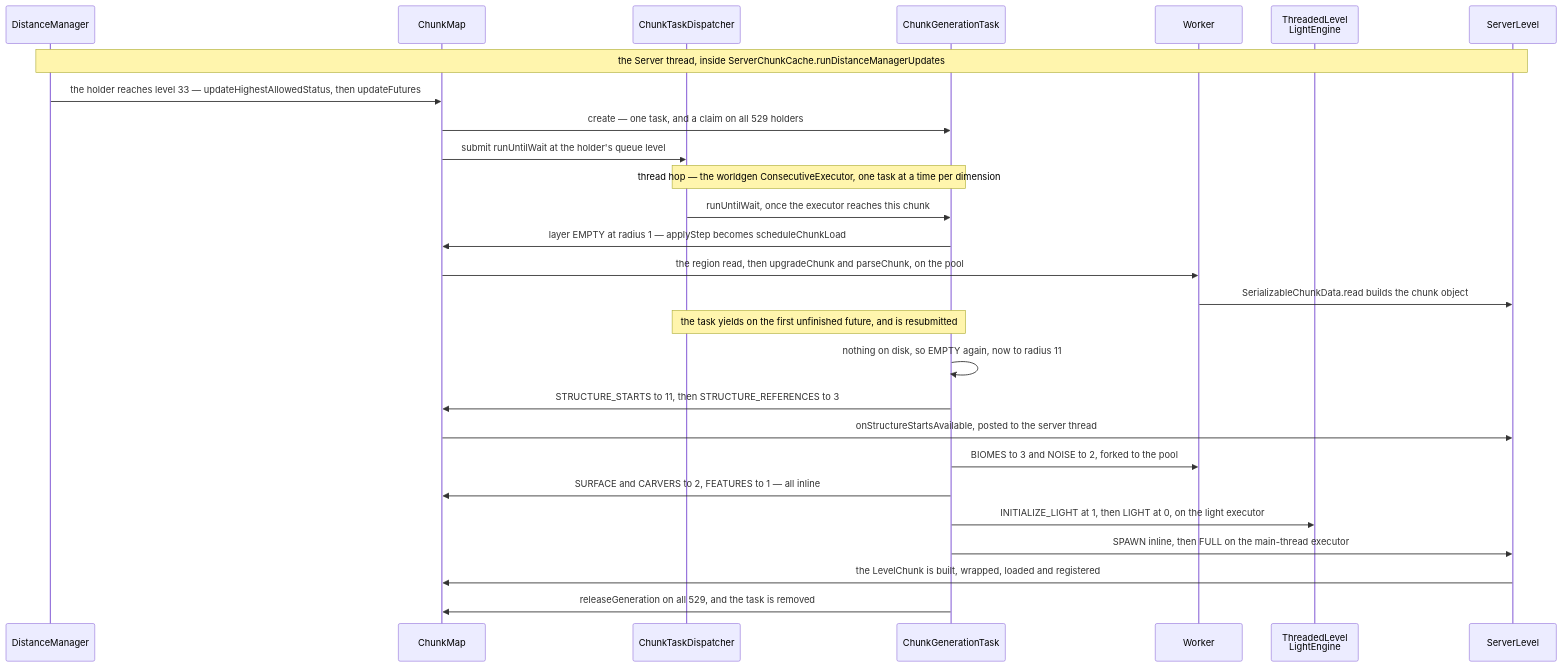
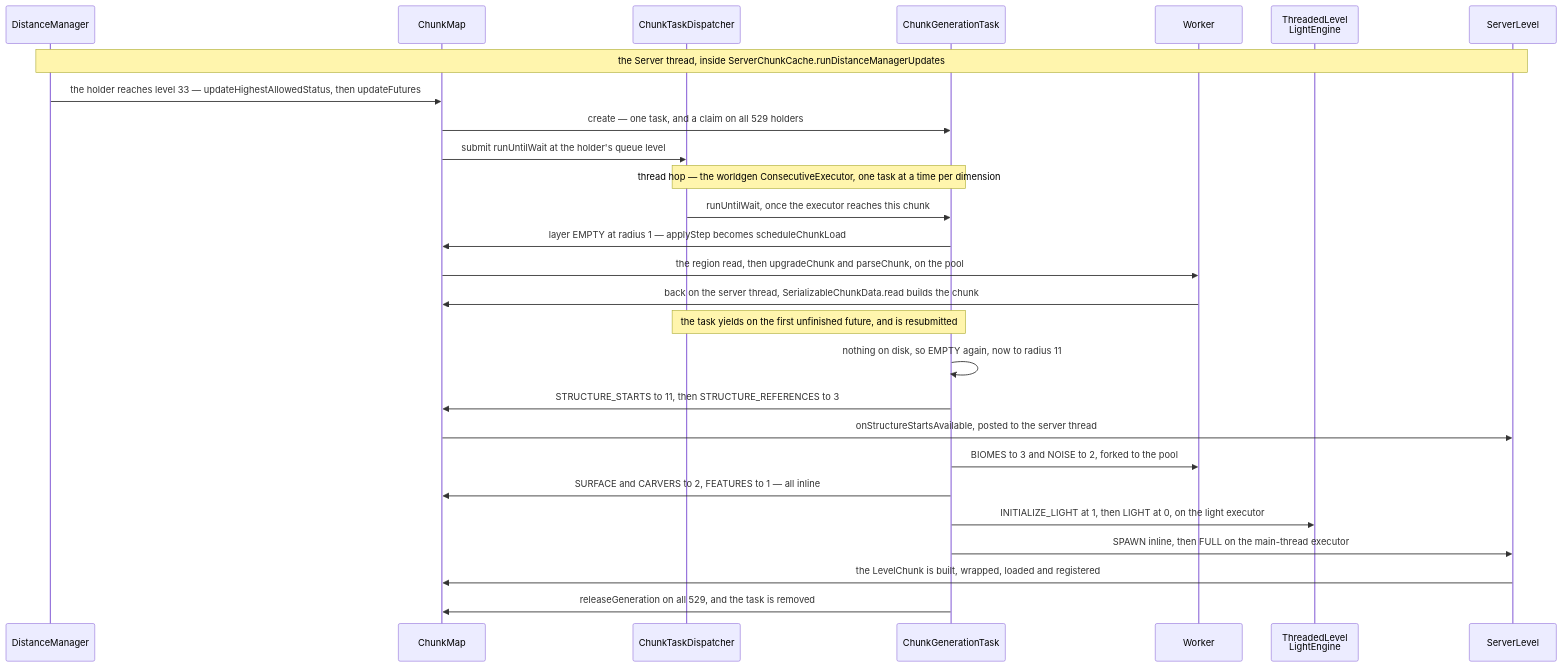
One commit to AlexanderjFraser/MinecraftDocs changed the second of 2 diagrams in src/systems/world/chunk-generation-pipeline.md. Above: the diagram before and after it, drawn with Mermaid. The commit also changed 55 other files, not shown here.

First line of the commit message:
pass 7, session O — the close, before K: the figure gate strict, the landing figures read as one set, and one strike in thirty not borne out

````diff
--- a/src/systems/world/chunk-generation-pipeline.md
+++ b/src/systems/world/chunk-generation-pipeline.md
@@ -415,30 +415,30 @@
 ```mermaid
 sequenceDiagram
     participant DM as DistanceManager
     participant CM as ChunkMap
     participant CTD as ChunkTaskDispatcher
     participant CGT as ChunkGenerationTask
     participant Worker as Worker
     participant TLE as ThreadedLevel<br/>LightEngine
     participant SL as ServerLevel
 
     Note over DM,SL: the Server thread, inside ServerChunkCache.runDistanceManagerUpdates
     DM->>CM: the holder reaches level 33 — updateHighestAllowedStatus, then updateFutures
     CM->>CGT: create — one task, and a claim on all 529 holders
     CM->>CTD: submit runUntilWait at the holder's queue level
     Note over CTD,CGT: thread hop — the worldgen ConsecutiveExecutor, one task at a time per dimension
     CTD->>CGT: runUntilWait, once the executor reaches this chunk
     CGT->>CM: layer EMPTY at radius 1 — applyStep becomes scheduleChunkLoad
     CM->>Worker: the region read, then upgradeChunk and parseChunk, on the pool
-    Worker->>SL: SerializableChunkData.read builds the chunk object
+    Worker->>CM: back on the server thread, SerializableChunkData.read builds the chunk
     Note over CTD,CGT: the task yields on the first unfinished future, and is resubmitted
     CGT->>CGT: nothing on disk, so EMPTY again, now to radius 11
     CGT->>CM: STRUCTURE_STARTS to 11, then STRUCTURE_REFERENCES to 3
     CM->>SL: onStructureStartsAvailable, posted to the server thread
     CGT->>Worker: BIOMES to 3 and NOISE to 2, forked to the pool
     CGT->>CM: SURFACE and CARVERS to 2, FEATURES to 1 — all inline
     CGT->>TLE: INITIALIZE_LIGHT at 1, then LIGHT at 0, on the light executor
     CGT->>SL: SPAWN inline, then FULL on the main-thread executor
     SL->>CM: the LevelChunk is built, wrapped, loaded and registered
     CGT->>CM: releaseGeneration on all 529, and the task is removed
 ```
````
